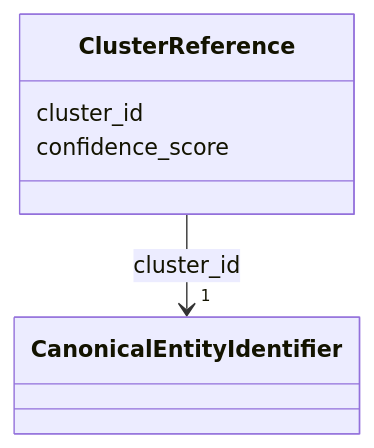
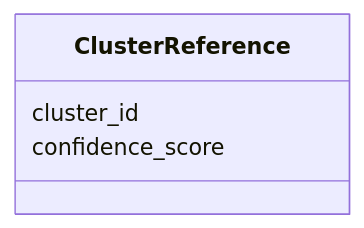
The diagram in docs/schema/ClusterReference.md (meaningfy-ws/entity-resolution-spec), drawn with Mermaid before and after one commit. The commit also changed other lines of this file and 9 other files, not shown here.

Commit message:
fix: keep cluster id in cluster reference as string

````diff
--- a/docs/schema/ClusterReference.md
+++ b/docs/schema/ClusterReference.md
@@ -32,19 +32,10 @@
 ```mermaid
  classDiagram
     class ClusterReference
     click ClusterReference href "../ClusterReference/"
       ClusterReference : cluster_id
         
-          
-    
-        
-        
-        ClusterReference --> "1" CanonicalEntityIdentifier : cluster_id
-        click CanonicalEntityIdentifier href "../CanonicalEntityIdentifier/"
-    
-
-        
       ClusterReference : confidence_score
         
       
 ```
````
